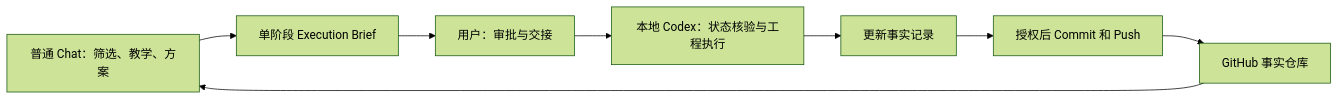
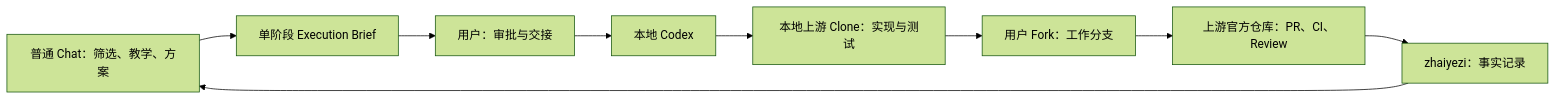
Before and after one commit to Yanansn/zhaiyezi: the diagram in README.md, drawn with Mermaid (forest theme). The commit also changed other lines of this file and 6 other files, not shown here.

````diff
--- a/README.md
+++ b/README.md
@@ -17,10 +17,11 @@
 ```mermaid
 flowchart LR
     Chat[普通 Chat：筛选、教学、方案] --> Brief[单阶段 Execution Brief]
     Brief --> User[用户：审批与交接]
-    User --> Codex[本地 Codex：状态核验与工程执行]
-    Codex --> Records[更新事实记录]
-    Records --> Push[授权后 Commit 和 Push]
-    Push --> Facts[GitHub 事实仓库]
+    User --> Codex[本地 Codex]
+    Codex --> Clone[本地上游 Clone：实现与测试]
+    Clone --> Fork[用户 Fork：工作分支]
+    Fork --> PR[上游官方仓库：PR、CI、Review]
+    PR --> Facts[zhaiyezi：事实记录]
     Facts --> Chat
 ```
````
